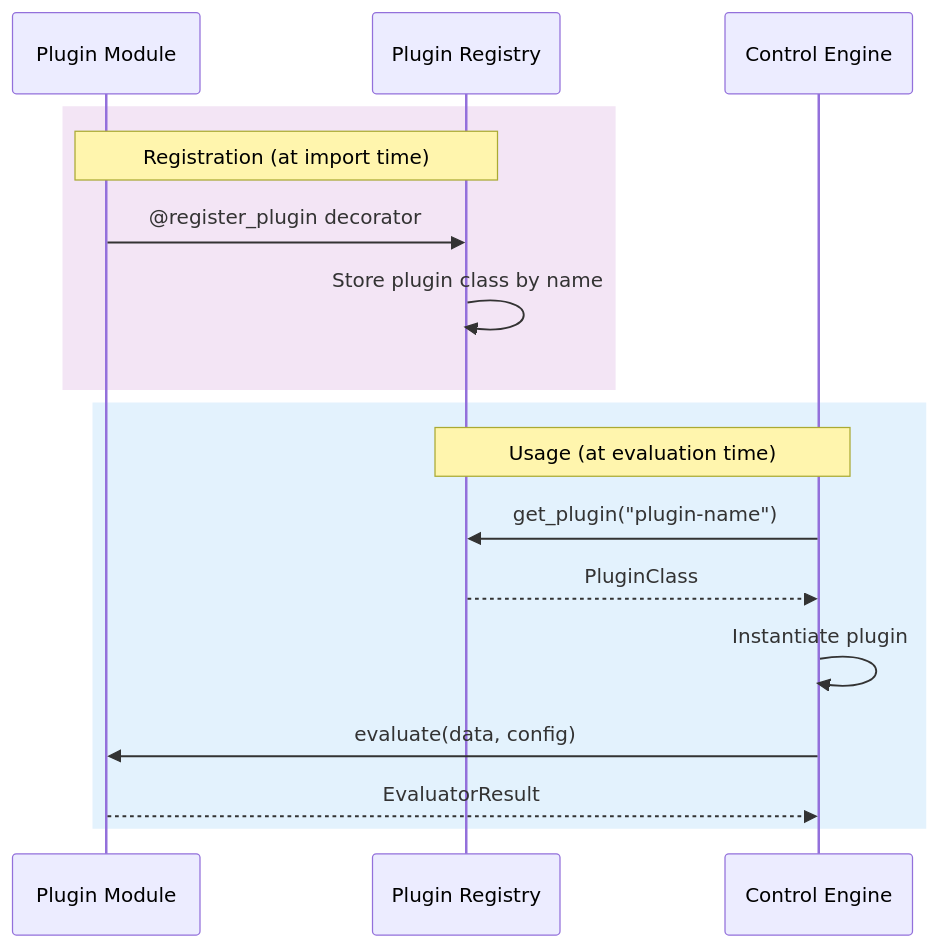
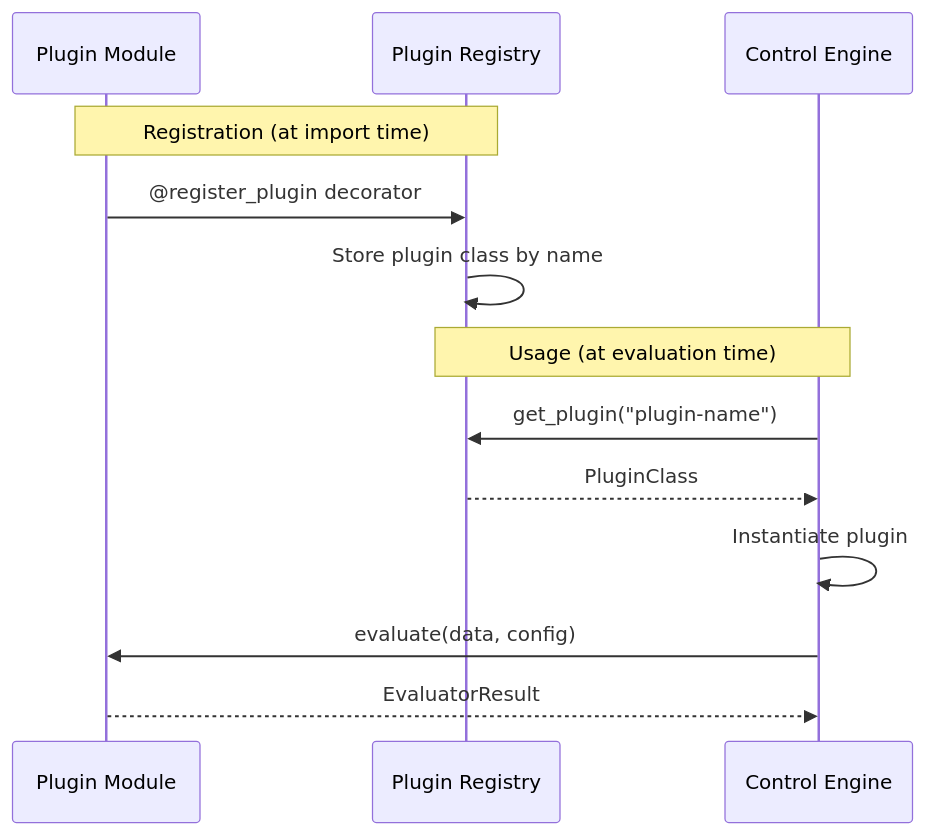
Before and after one commit to agentcontrol/agent-control: the third of 9 diagrams in diagrams/09-plugin-system.md, drawn with Mermaid. The commit also changed other lines of this file and 9 other files, not shown here.

````diff
--- a/diagrams/09-plugin-system.md
+++ b/diagrams/09-plugin-system.md
@@ -90,21 +86,17 @@
 ```mermaid
 sequenceDiagram
     participant Plugin as Plugin Module
     participant Registry as Plugin Registry
     participant Engine as Control Engine
 
-    rect rgb(243, 229, 245)
-        Note over Plugin,Registry: Registration (at import time)
+    Note over Plugin,Registry: Registration (at import time)
         Plugin->>Registry: @register_plugin decorator
         Registry->>Registry: Store plugin class by name
-    end
 
-    rect rgb(227, 242, 253)
-        Note over Engine,Registry: Usage (at evaluation time)
+    Note over Engine,Registry: Usage (at evaluation time)
         Engine->>Registry: get_plugin("plugin-name")
         Registry-->>Engine: PluginClass
         Engine->>Engine: Instantiate plugin
         Engine->>Plugin: evaluate(data, config)
         Plugin-->>Engine: EvaluatorResult
-    end
 ```
````
